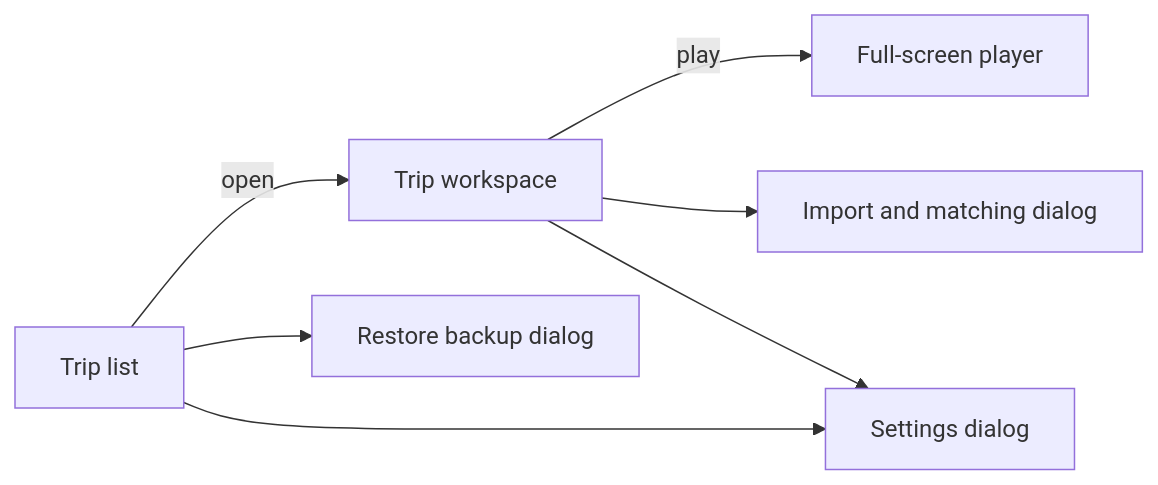
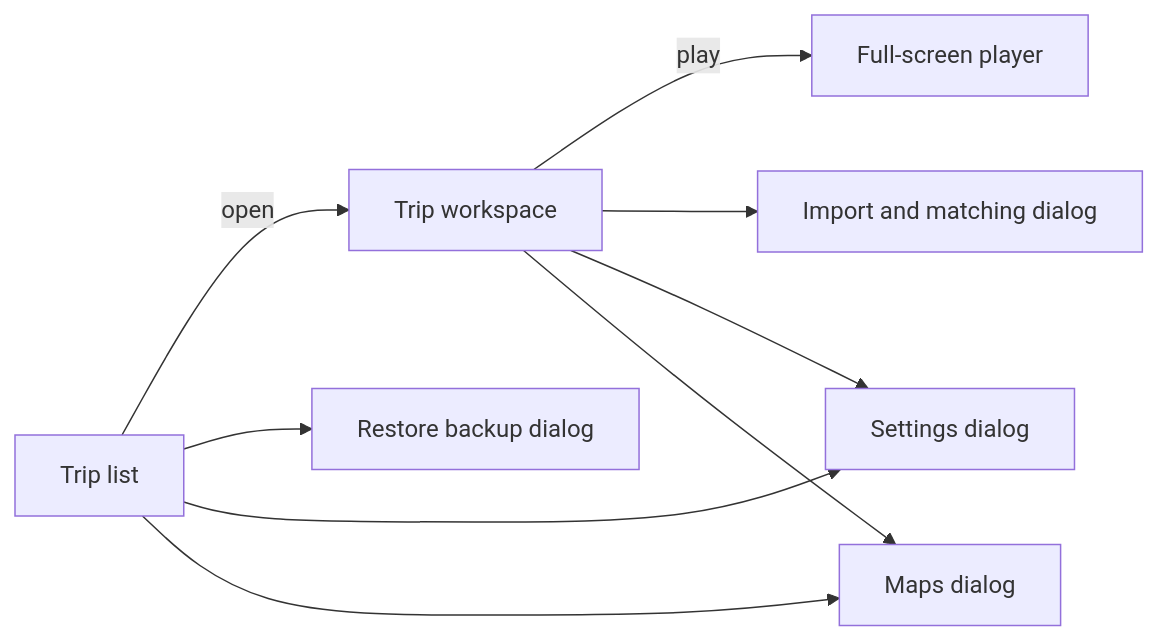
The diagram in docs/ui-design.md (JimmyCodeWork/TripReplay), drawn with Mermaid before and after one commit. The commit also changed other lines of this file and 28 other files, not shown here.

````diff
--- a/docs/ui-design.md
+++ b/docs/ui-design.md
@@ -15,9 +15,11 @@
 ```mermaid
 flowchart LR
     List[Trip list] -- open --> WS[Trip workspace]
     WS -- play --> Player[Full-screen player]
     WS --> Import[Import and matching dialog]
     WS --> Settings[Settings dialog]
     List --> Restore[Restore backup dialog]
     List --> Settings
+    List --> Maps[Maps dialog]
+    WS --> Maps
 ```
````
